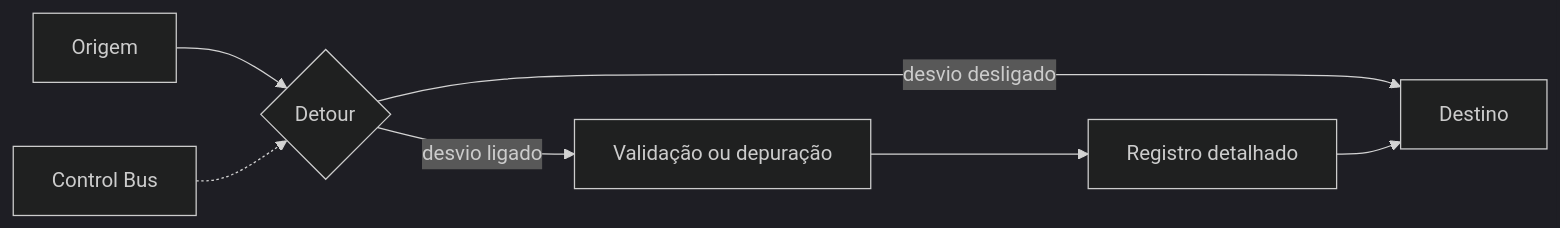
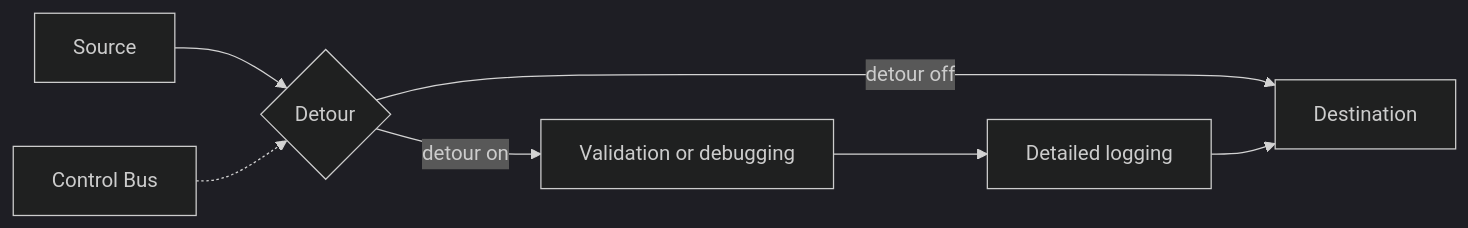
Before and after one commit to alancesar/design-patterns: the diagram in docs/architecture/eip/system-management/detour.md, drawn with Mermaid (dark theme). The commit also changed 258 other files, not shown here.

First line of the commit message:
Translate Mermaid diagrams to English

````diff
--- a/docs/architecture/eip/system-management/detour.md
+++ b/docs/architecture/eip/system-management/detour.md
@@ -51,9 +51,9 @@
 ```mermaid
 flowchart LR
-    A["Origem"] --> D{"Detour"}
+    A["Source"] --> D{"Detour"}
     CB["Control Bus"] -.-> D
-    D -- "desvio desligado" --> Z["Destino"]
-    D -- "desvio ligado" --> S1["Validação ou depuração"]
-    S1 --> S2["Registro detalhado"]
+    D -- "detour off" --> Z["Destination"]
+    D -- "detour on" --> S1["Validation or debugging"]
+    S1 --> S2["Detailed logging"]
     S2 --> Z
 ```
````
